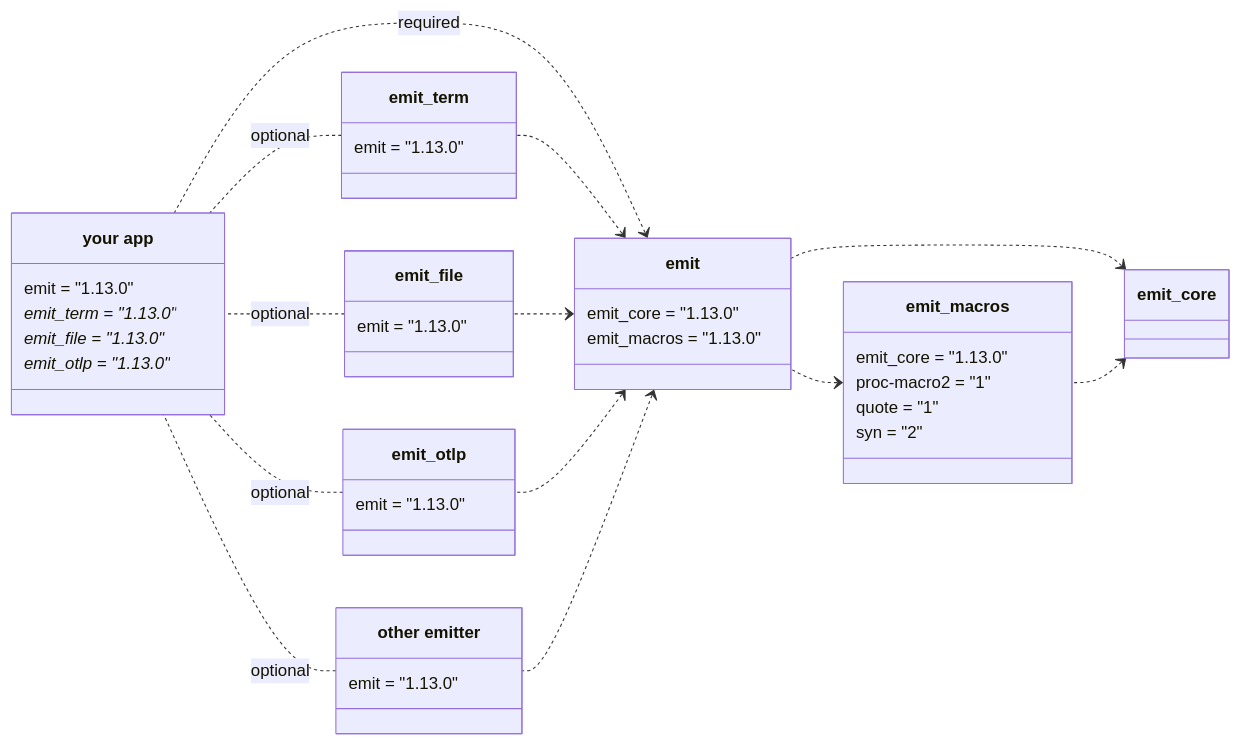
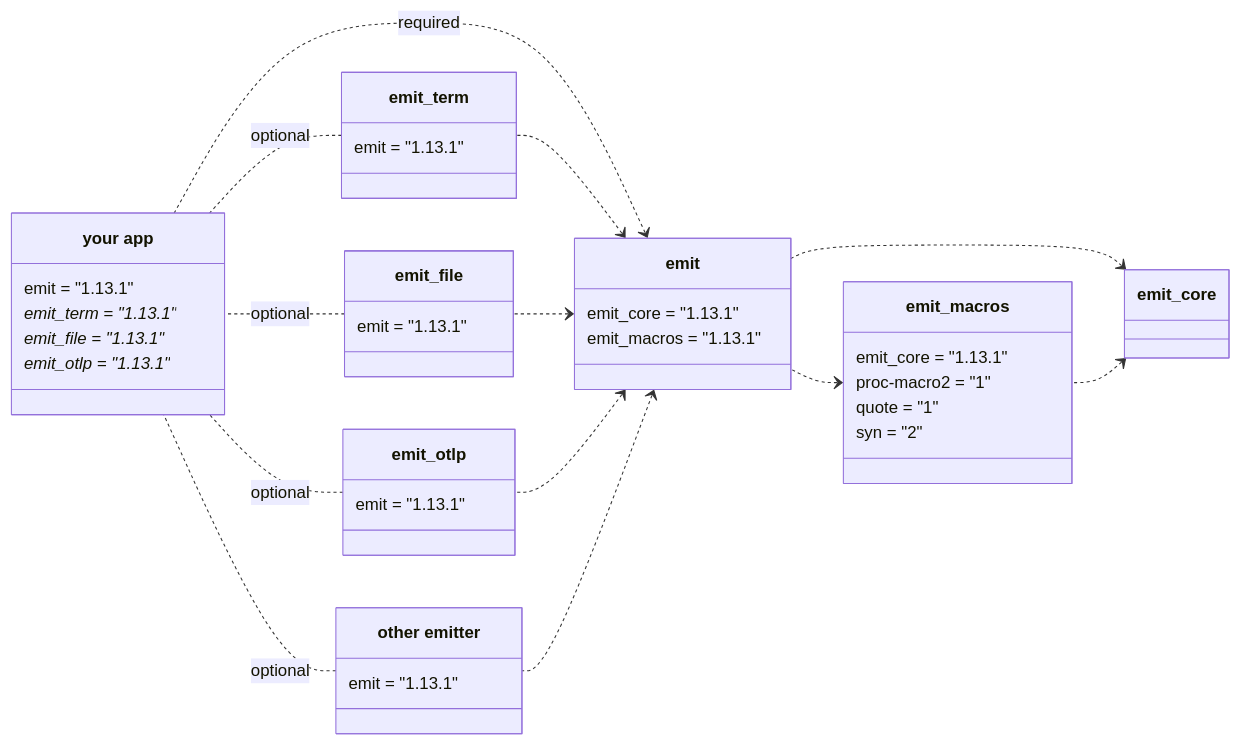
Before and after one commit to emit-rs/emit: the first of 5 diagrams in book/src/reference/architecture.md, drawn with Mermaid. The commit also changed other lines of this file and 64 other files, not shown here.

````diff
--- a/book/src/reference/architecture.md
+++ b/book/src/reference/architecture.md
@@ -9,62 +9,62 @@
 ```mermaid
 classDiagram
     direction RL
     
     emit_core <.. emit_macros
     emit_core <.. emit
     emit_macros <.. emit
 
     class emit_macros {
-        emit_core = "1.13.0"
+        emit_core = "1.13.1"
         proc-macro2 = "1"
         quote = "1"
         syn = "2"
     }
 
     emit <.. emit_term
     emit <.. emit_file
     emit <.. emit_otlp
     emit <.. emit_custom
 
     emit <.. app : required
 
     class emit {
-        emit_core = "1.13.0"
-        emit_macros = "1.13.0"
+        emit_core = "1.13.1"
+        emit_macros = "1.13.1"
     }
 
     emit_term .. app : optional
     emit_file .. app : optional
     emit_otlp .. app : optional
     emit_custom .. app : optional
 
     class emit_term {
-        emit = "1.13.0"
+        emit = "1.13.1"
     }
 
     class emit_file {
-        emit = "1.13.0"
+        emit = "1.13.1"
     }
 
     class emit_otlp {
-        emit = "1.13.0"
+        emit = "1.13.1"
     }
 
     class emit_custom["other emitter"] {
-        emit = "1.13.0"
+        emit = "1.13.1"
     }
 
     class app["your app"] {
-        emit = "1.13.0"
-        emit_term = "1.13.0"*
-        emit_file = "1.13.0"*
-        emit_otlp = "1.13.0"*
+        emit = "1.13.1"
+        emit_term = "1.13.1"*
+        emit_file = "1.13.1"*
+        emit_otlp = "1.13.1"*
     }
 
-    click emit_core href "https://docs.rs/emit_core/1.13.0/emit_core/index.html"
-    click emit_macros href "https://docs.rs/emit_macros/1.13.0/emit_macros/index.html"
-    click emit href "https://docs.rs/emit/1.13.0/emit/index.html"
-    click emit_term href "https://docs.rs/emit_term/1.13.0/emit_term/index.html"
-    click emit_file href "https://docs.rs/emit_file/1.13.0/emit_file/index.html"
-    click emit_otlp href "https://docs.rs/emit_otlp/1.13.0/emit_otlp/index.html"
+    click emit_core href "https://docs.rs/emit_core/1.13.1/emit_core/index.html"
+    click emit_macros href "https://docs.rs/emit_macros/1.13.1/emit_macros/index.html"
+    click emit href "https://docs.rs/emit/1.13.1/emit/index.html"
+    click emit_term href "https://docs.rs/emit_term/1.13.1/emit_term/index.html"
+    click emit_file href "https://docs.rs/emit_file/1.13.1/emit_file/index.html"
+    click emit_otlp href "https://docs.rs/emit_otlp/1.13.1/emit_otlp/index.html"
 ```
````
